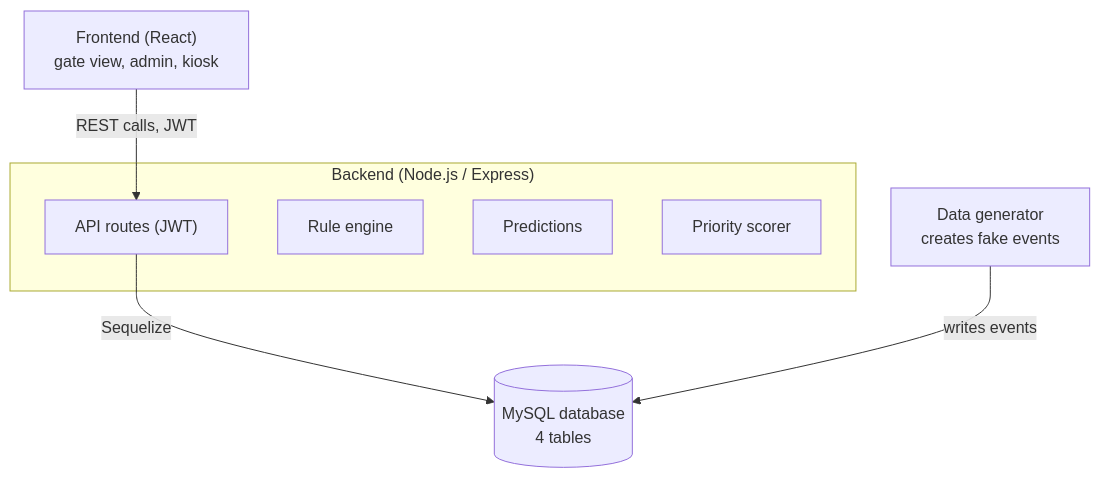
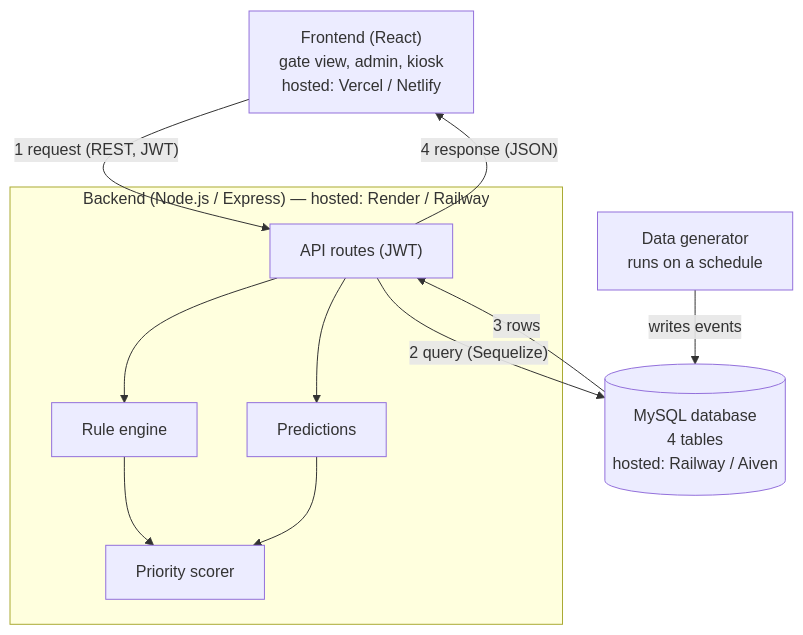
One commit to SharonZhu0122/campus-parking-system changed the first of 3 diagrams in docs/diagrams.md. Above: the diagram before and after it, drawn with Mermaid. The commit also changed other lines of this file and 4 other files, not shown here.

Commit message:
Merge deployment info into architecture diagram; show module links and two-way arrows; remove redundant static SVGs

````diff
--- a/docs/diagrams.md
+++ b/docs/diagrams.md
@@ -7,15 +9,22 @@
 ```mermaid
 flowchart TD
-    FE["Frontend (React)<br/>gate view, admin, kiosk"]
-    FE -->|"REST calls, JWT"| API
+    FE["Frontend (React)<br/>gate view, admin, kiosk<br/>hosted: Vercel / Netlify"]
+    FE -->|"1 request (REST, JWT)"| API
+    API -->|"4 response (JSON)"| FE
 
-    subgraph BE["Backend (Node.js / Express)"]
+    subgraph BE["Backend (Node.js / Express) — hosted: Render / Railway"]
         API["API routes (JWT)"]
         RE["Rule engine"]
         PR["Predictions"]
         PS["Priority scorer"]
+        API --> RE
+        API --> PR
+        RE --> PS
+        PR --> PS
     end
 
-    API -->|Sequelize| DB[("MySQL database<br/>4 tables")]
-    DG["Data generator<br/>creates fake events"] -->|writes events| DB
+    API -->|"2 query (Sequelize)"| DB[("MySQL database<br/>4 tables<br/>hosted: Railway / Aiven")]
+    DB -->|"3 rows"| API
+
+    DG["Data generator<br/>runs on a schedule"] -->|writes events| DB
 ```
````
